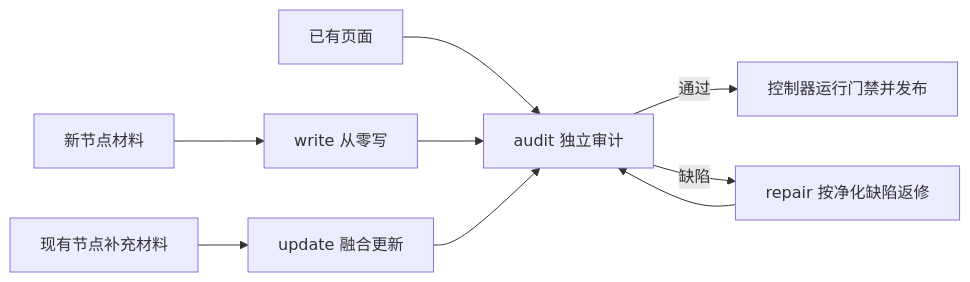
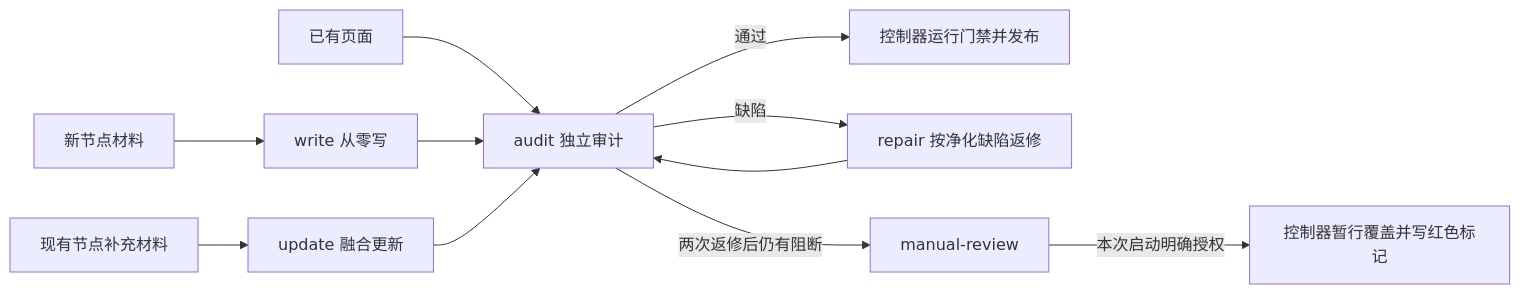
One commit to Little-FishK/AI-knowledge-map changed the first of 2 diagrams in docs/DEEPDIVE_STAGE2_AUTOMATION.md. Above: the diagram before and after it, drawn with Mermaid. The commit also changed other lines of this file and 20 other files, not shown here.

````diff
--- a/docs/DEEPDIVE_STAGE2_AUTOMATION.md
+++ b/docs/DEEPDIVE_STAGE2_AUTOMATION.md
@@ -7,11 +7,13 @@
 ```mermaid
 flowchart LR
   A["已有页面"] --> B["audit 独立审计"]
   B -->|通过| P["控制器运行门禁并发布"]
   B -->|缺陷| R["repair 按净化缺陷返修"]
   R --> B
+  B -->|两次返修后仍有阻断| M["manual-review"]
+  M -->|本次启动明确授权| PP["控制器暂行覆盖并写红色标记"]
   N["新节点材料"] --> W["write 从零写"]
   W --> B
   S["现有节点补充材料"] --> U["update 融合更新"]
   U --> B
 ```
````
